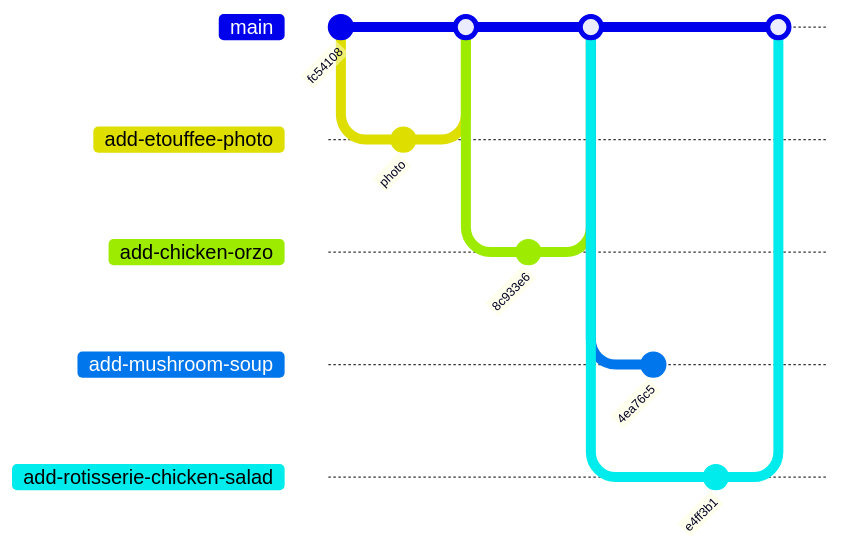
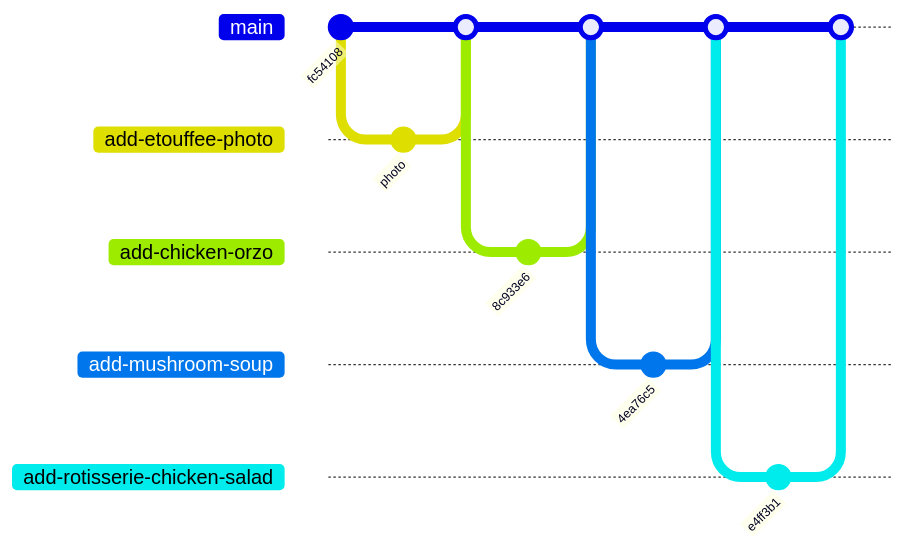
The second of 2 diagrams in README.md (chknfrdstk/Recipes), drawn with Mermaid before and after one commit. The commit also changed other lines of this file, not shown here.

Commit message:
Fix recipes changelog: mushroom soup and salad are merged

````diff
--- a/README.md
+++ b/README.md
@@ -34,23 +34,24 @@
 ```mermaid
 gitGraph
     commit id: "fc54108"
     branch add-etouffee-photo
     checkout add-etouffee-photo
     commit id: "photo"
     checkout main
     merge add-etouffee-photo
     branch add-chicken-orzo
     checkout add-chicken-orzo
     commit id: "8c933e6"
     checkout main
     merge add-chicken-orzo
     branch add-mushroom-soup
     checkout add-mushroom-soup
     commit id: "4ea76c5"
     checkout main
+    merge add-mushroom-soup
     branch add-rotisserie-chicken-salad
     checkout add-rotisserie-chicken-salad
     commit id: "e4ff3b1"
     checkout main
     merge add-rotisserie-chicken-salad
 ```
````
